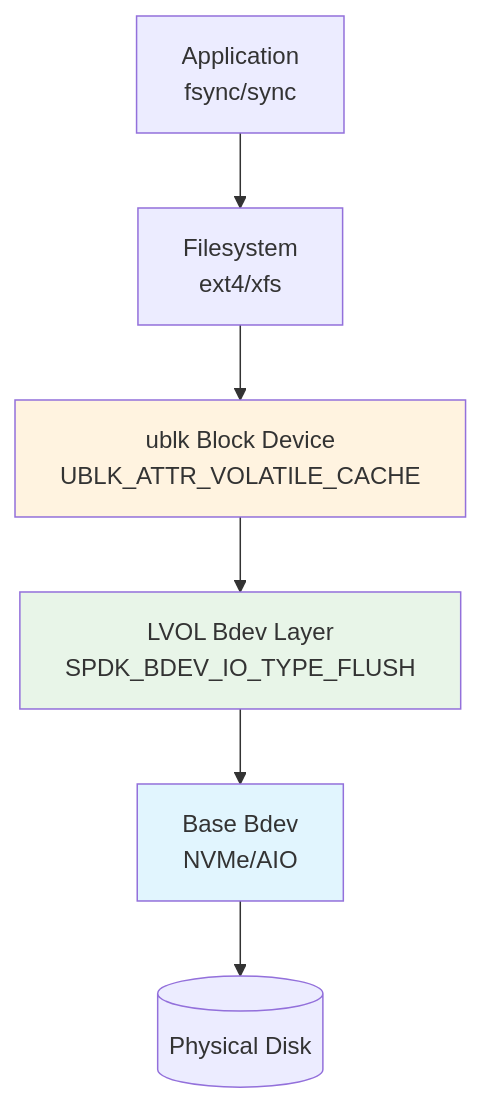
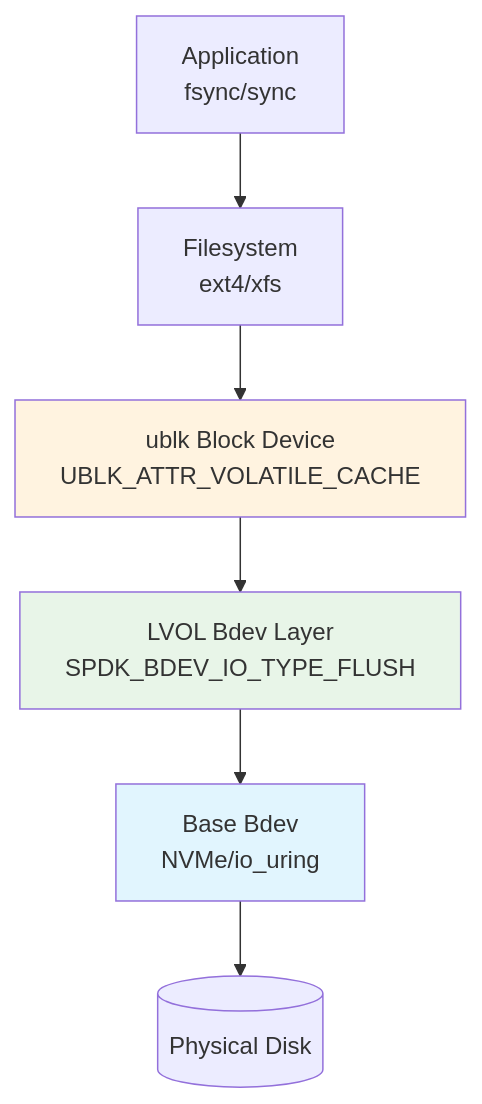
Diagram 12 of 12 in FLINT_CSI_ARCHITECTURE.md (ddalton/flint), drawn with Mermaid before and after one commit. The commit also changed other lines of this file and 5 other files, not shown here.

First line of the commit message:
feat: Add SPDK userspace NVMe driver with io_uring fallback

````diff
--- a/FLINT_CSI_ARCHITECTURE.md
+++ b/FLINT_CSI_ARCHITECTURE.md
@@ -934,12 +1038,12 @@
 ```mermaid
 graph TD
     APP[Application<br/>fsync/sync] --> FS[Filesystem<br/>ext4/xfs]
     FS --> UBLK[ublk Block Device<br/>UBLK_ATTR_VOLATILE_CACHE]
     UBLK --> LVOL[LVOL Bdev Layer<br/>SPDK_BDEV_IO_TYPE_FLUSH]
-    LVOL --> BASE[Base Bdev<br/>NVMe/AIO]
+    LVOL --> BASE[Base Bdev<br/>NVMe/io_uring]
     BASE --> DISK[(Physical Disk)]
     
     style UBLK fill:#fff3e0
     style LVOL fill:#e8f5e8
     style BASE fill:#e1f5fe
 ```
````
